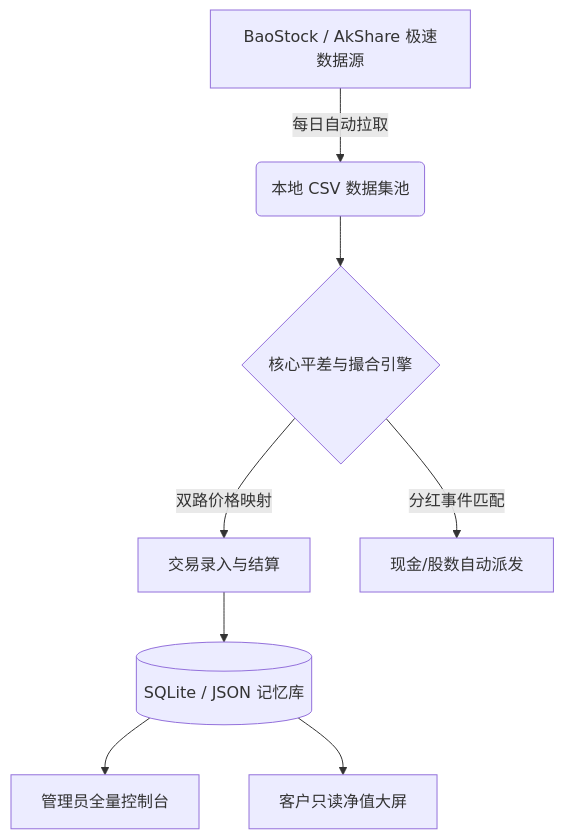
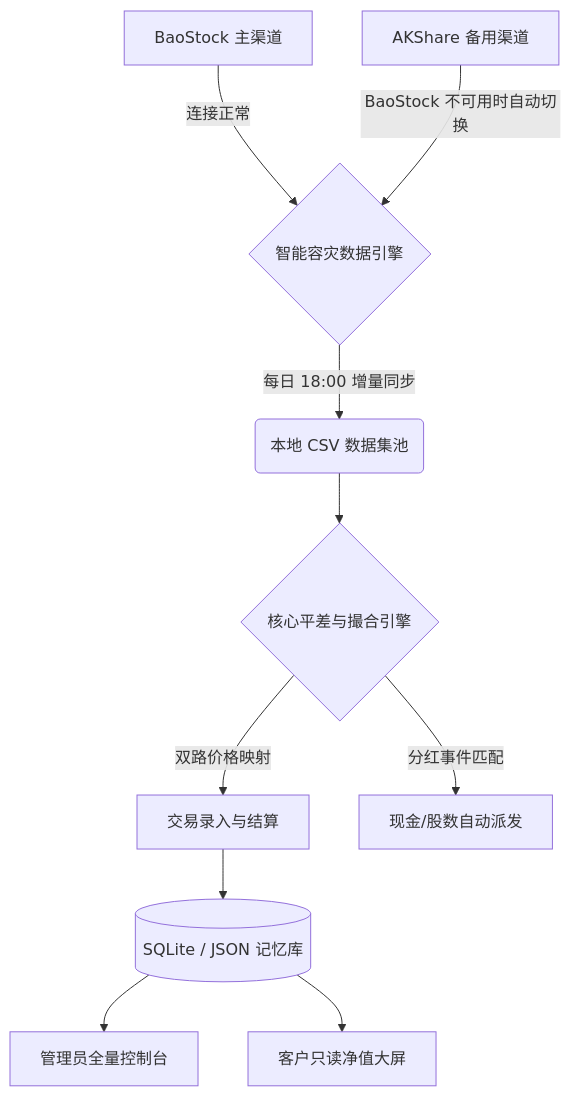
Before and after one commit to Promistars/investment-advisor-manager-system: the diagram in README.md, drawn with Mermaid. The commit also changed other lines of this file and 2 other files, not shown here.

````diff
--- a/README.md
+++ b/README.md
@@ -41,10 +49,12 @@
 ```mermaid
 graph TD
-    A[BaoStock / AkShare 极速数据源] -->|每日自动拉取| B(本地 CSV 数据集池)
-    B --> C{核心平差与撮合引擎}
-    C -->|双路价格映射| D[交易录入与结算]
-    C -->|分红事件匹配| E[现金/股数自动派发]
-    D --> F[(SQLite / JSON 记忆库)]
-    F --> G[管理员全量控制台]
-    F --> H[客户只读净值大屏]
+    A[BaoStock 主渠道] -->|连接正常| C
+    B[AKShare 备用渠道] -->|BaoStock 不可用时自动切换| C
+    C{智能容灾数据引擎} -->|每日 18:00 增量同步| D(本地 CSV 数据集池)
+    D --> E{核心平差与撮合引擎}
+    E -->|双路价格映射| F[交易录入与结算]
+    E -->|分红事件匹配| G[现金/股数自动派发]
+    F --> H[(SQLite / JSON 记忆库)]
+    H --> I[管理员全量控制台]
+    H --> J[客户只读净值大屏]
 ```
````
